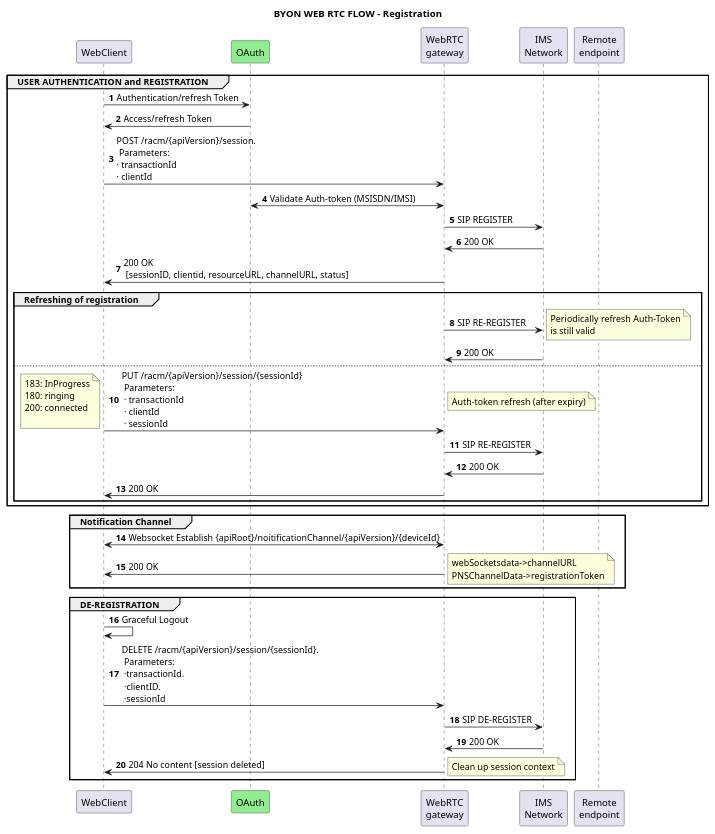
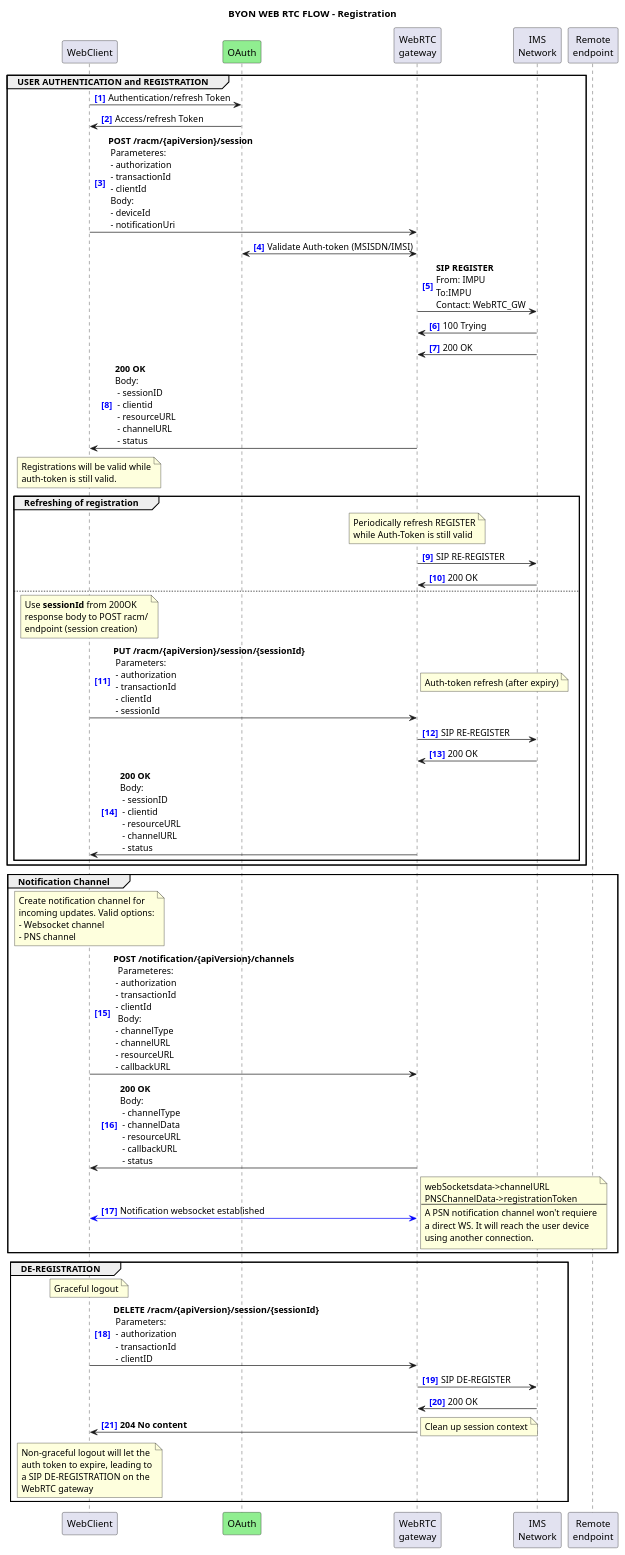
One commit to stroncoso-quobis/WebRTC changed the diagram in documentation/API_documentation/FlowsBYON-registration.wsd. Above: the diagram before and after it, drawn with PlantUML.

Commit message:
feat: Detailed notification channel and internal messages
- Included notes about software behavior
- Included details about request/reponses body

```diff
--- a/documentation/API_documentation/FlowsBYON-registration.wsd
+++ b/documentation/API_documentation/FlowsBYON-registration.wsd
@@ -1,66 +1,104 @@
 @startuml BYON Registration
 
 title "BYON WEB RTC FLOW - Registration"
-autonumber
+autonumber "<font color=blue><b>[0]"
 
 
 participant WebClient
 participant OAuth #LightGreen
 participant "WebRTC\ngateway" as WebRTC_GW
 participant "IMS\nNetwork" as IMS_Network
 participant "Remote\nendpoint" as RemoteEndpoint
 
-
+' --- USER AUTHENTICATION and REGISTRATION
 group USER AUTHENTICATION and REGISTRATION
 
 WebClient -> OAuth: Authentication/refresh Token
 OAuth -> WebClient: Access/refresh Token
-WebClient -> WebRTC_GW: POST /racm/{apiVersion}/session.\n Parameters:\n· transactionId \n· clientId
+WebClient -> WebRTC_GW: **POST /racm/{apiVersion}/session**\n\
+ Parameteres:\n - authorization\n - transactionId\n - clientId\n\
+ Body:\n - deviceId\n - notificationUri
 WebRTC_GW <-> OAuth: Validate Auth-token (MSISDN/IMSI)
-WebRTC_GW -> IMS_Network: SIP REGISTER
+WebRTC_GW -> IMS_Network: **SIP REGISTER**\nFrom: IMPU\nTo:IMPU\nContact: WebRTC_GW
+IMS_Network -> WebRTC_GW: 100 Trying
 IMS_Network -> WebRTC_GW: 200 OK
-WebRTC_GW -> WebClient: 200 OK \n [sessionID, clientid, resourceURL, channelURL, status] 
+WebRTC_GW -> WebClient: **200 OK**\nBody:\n - sessionID\n - clientid\n - resourceURL\n - channelURL\n - status
+note over WebClient
+  Registrations will be valid while
+  auth-token is still valid.
+end note
 
+' --- Refreshing of registration
 group Refreshing of registration
+  note over WebRTC_GW
+   Periodically refresh REGISTER
+   while Auth-Token is still valid
+  end note
   WebRTC_GW -> IMS_Network: SIP RE-REGISTER
-  note right
-   Periodically refresh Auth-Token
-   is still valid
-  end note
   IMS_Network -> WebRTC_GW: 200 OK
 
 else
-WebClient -> WebRTC_GW: PUT /racm/{apiVersion}/session/{sessionId} \n Parameters: \n · transactionId \n · clientId \n · sessionId
-note left
-183: InProgress
-180: ringing
-200: connected
+note over WebClient
+  Use **sessionId** from 200OK
+  response body to POST racm/
+  endpoint (session creation)
+end note
+WebClient -> WebRTC_GW: **PUT /racm/{apiVersion}/session/{sessionId}** \n\
+ Parameters: \n - authorization\n - transactionId \n - clientId \n - sessionId
 
-end note
 note right
   Auth-token refresh (after expiry)
 end note
 WebRTC_GW -> IMS_Network: SIP RE-REGISTER
 IMS_Network -> WebRTC_GW: 200 OK
-WebRTC_GW -> WebClient: 200 OK
+WebRTC_GW -> WebClient: **200 OK**\nBody:\n - sessionID\n - clientid\n - resourceURL\n - channelURL\n - status
 end
 end
 
+' --- Notification Channel 
 group Notification Channel 
-WebClient <-> WebRTC_GW: Websocket Establish {apiRoot}/noitificationChannel/{apiVersion}/{deviceId}
-WebRTC_GW -> WebClient: 200 OK
-  note right
-   webSocketsdata->channelURL
-   PNSChannelData->registrationToken
-  end note
+note over WebClient
+  Create notification channel for
+  incoming updates. Valid options:
+  - Websocket channel
+  - PNS channel
+end note
+  
+WebClient -> WebRTC_GW: **POST /notification/{apiVersion}/channels** \n\
+  Parameteres:\n - authorization\n - transactionId\n - clientId\n\
+  Body:\n - channelType\n - channelURL\n - resourceURL\n - callbackURL
+
+WebRTC_GW -> WebClient: **200 OK**\nBody:\n\
+ - channelType\n - channelData\n - resourceURL\n - callbackURL\n - status
+
+WebClient <-[#blue]> WebRTC_GW: Notification websocket established
+note right
+  webSocketsdata->channelURL
+  PNSChannelData->registrationToken
+  --
+  A PSN notification channel won't requiere
+  a direct WS. It will reach the user device
+  using another connection.
+end note
 end
 
+' --- DE-REGISTRATION
 group DE-REGISTRATION
-WebClient -> WebClient: Graceful Logout
-WebClient -> WebRTC_GW: DELETE /racm/{apiVersion}/session/{sessionId}. \n Parameters: \n ·transactionId. \n ·clientID. \n ·sessionId
+note over WebClient
+  Graceful logout
+end note
+WebClient -> WebRTC_GW: **DELETE /racm/{apiVersion}/session/{sessionId}** \n\
+ Parameters: \n - authorization\n - transactionId\n - clientID
 WebRTC_GW -> IMS_Network: SIP DE-REGISTER
 IMS_Network -> WebRTC_GW: 200 OK
-WebRTC_GW -> WebClient: 204 No content [session deleted]
+WebRTC_GW -> WebClient: **204 No content**
       note right: Clean up session context
+note over WebClient
+  Non-graceful logout will let the
+  auth token to expire, leading to
+  a SIP DE-REGISTRATION on the
+  WebRTC gateway
+end note
 end 
+
 @enduml
```
